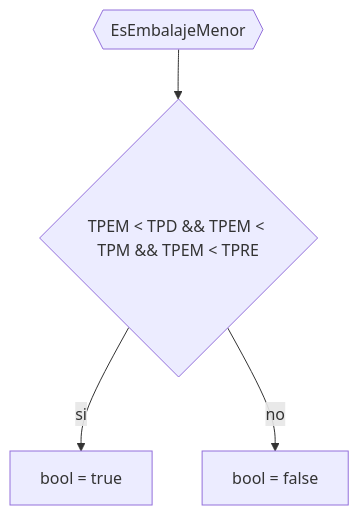
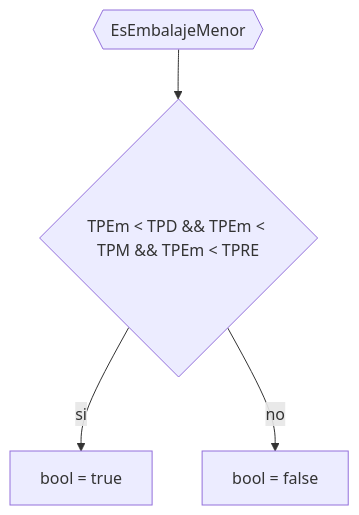
Before and after one commit to JuanManuelPrividera/TP-Simu: the diagram in docs/Diagramas/init/EsEmbalajeMenor.mermaid, drawn with Mermaid. The commit also changed 24 other files, not shown here.

```diff
--- a/docs/Diagramas/init/EsEmbalajeMenor.mermaid
+++ b/docs/Diagramas/init/EsEmbalajeMenor.mermaid
@@ -1,4 +1,4 @@
 flowchart TD
-    aa{{EsEmbalajeMenor}} --> if0{"TPEM < TPD && TPEM < TPM && TPEM < TPRE"}
+    aa{{EsEmbalajeMenor}} --> if0{"TPEm < TPD && TPEm < TPM && TPEm < TPRE"}
     if0 --> |si| a[bool = true]
     if0 --> |no| a1[bool = false]
```
